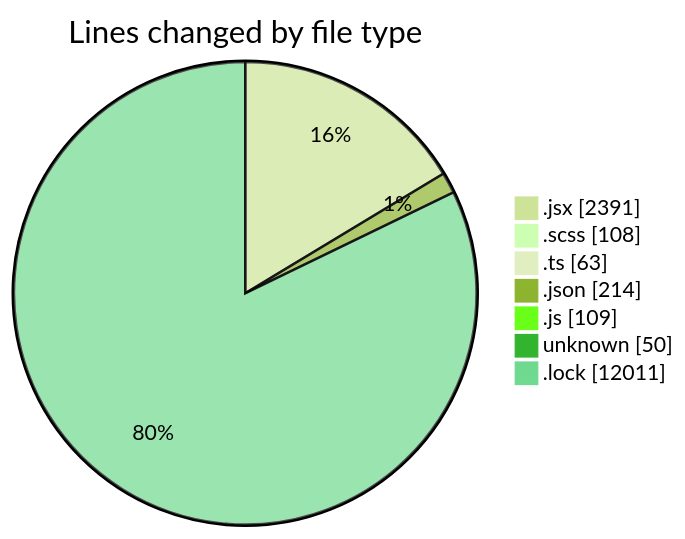
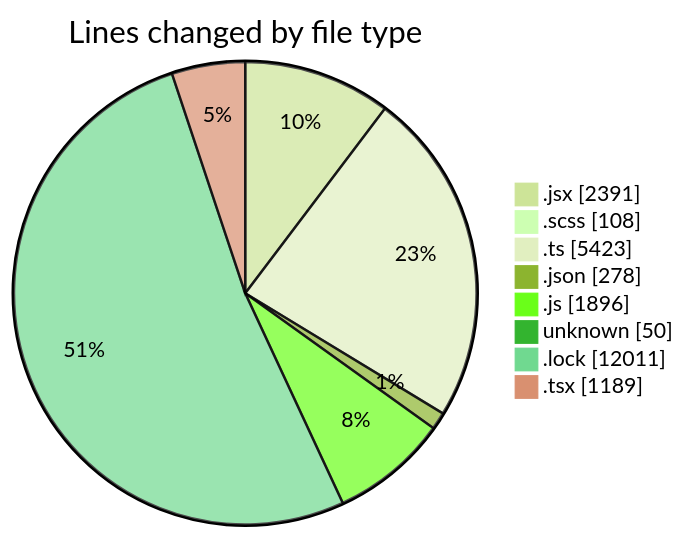
One commit to momahboobian/code-tracking changed the first of 2 diagrams in 2026-09-01/cda/README.md. Above: the diagram before and after it, drawn with Mermaid (forest theme). The commit also changed other lines of this file and 1 other file, not shown here.

````diff
--- a/2026-09-01/cda/README.md
+++ b/2026-09-01/cda/README.md
@@ -54,11 +75,12 @@
 ```mermaid
 pie showData
 title Lines changed by file type
 ".jsx" : 2391
 ".scss" : 108
-".ts" : 63
-".json" : 214
-".js" : 109
+".ts" : 5423
+".json" : 278
+".js" : 1896
 "unknown" : 50
 ".lock" : 12011
+".tsx" : 1189
 ```
````
